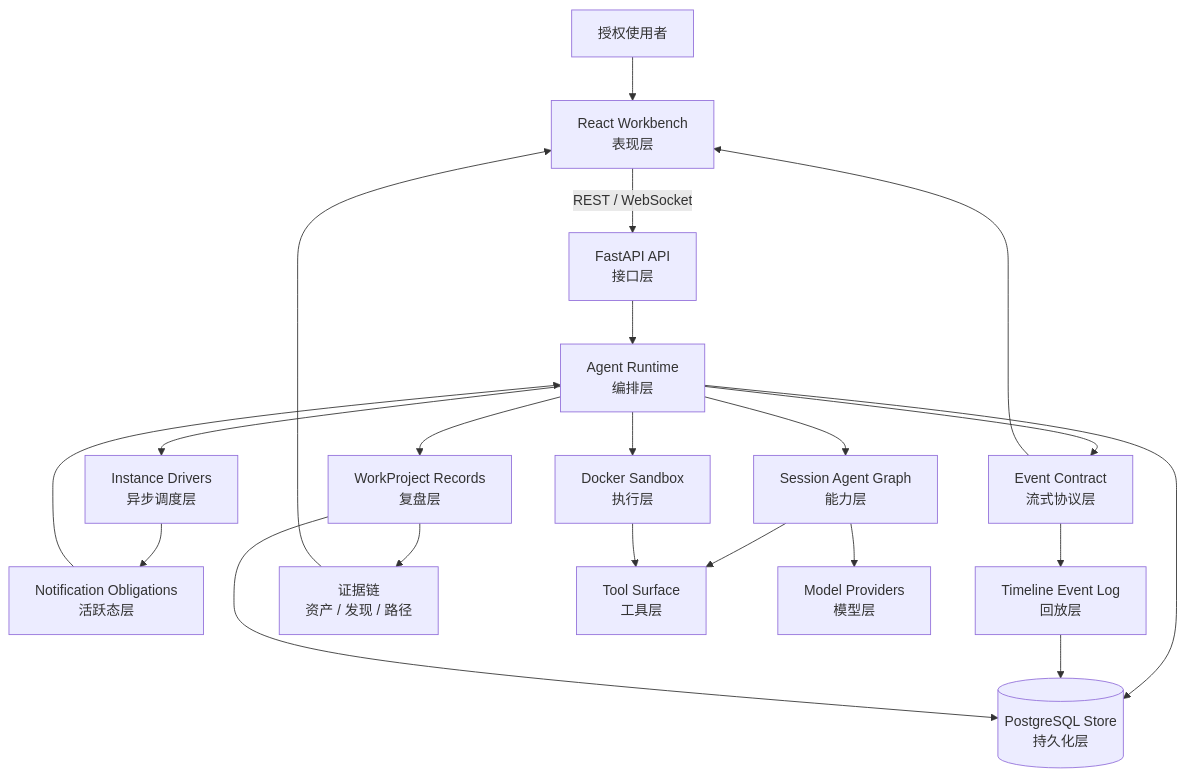
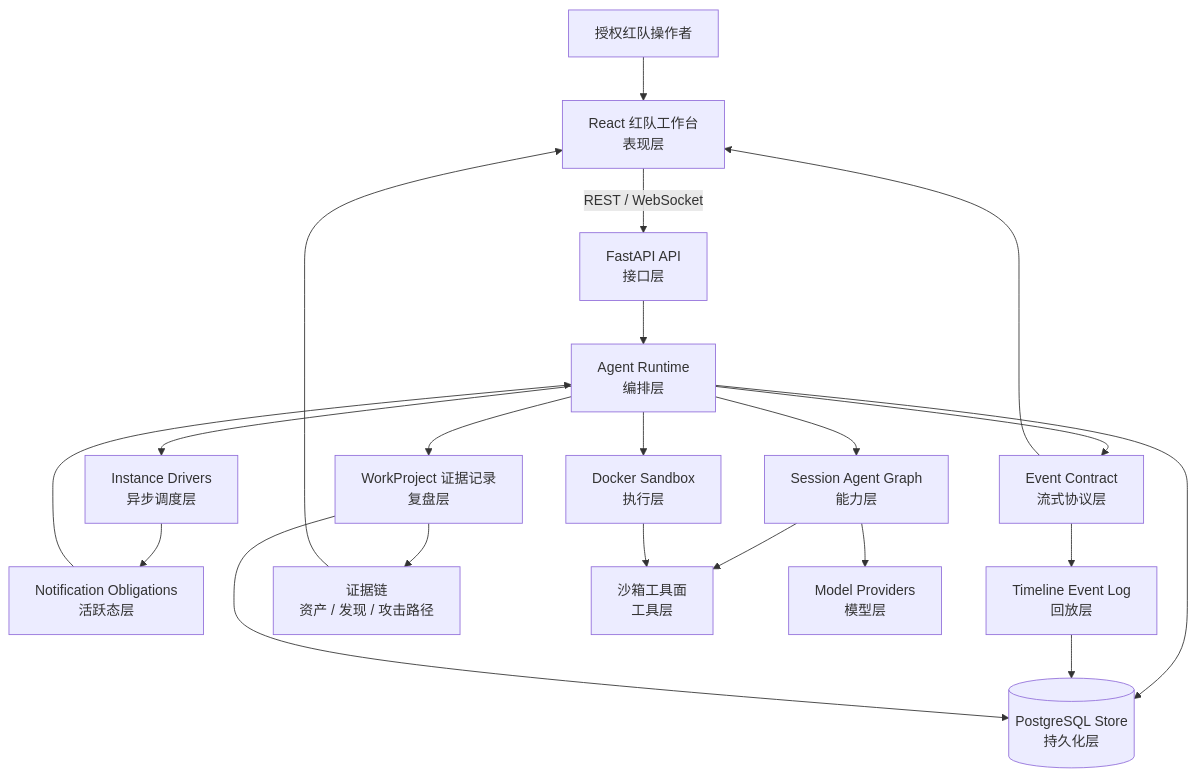
The first of 7 diagrams in README_zh.md (MolTau9527/Z3r0), drawn with Mermaid before and after one commit. The commit also changed other lines of this file and 4 other files, not shown here.

````diff
--- a/README_zh.md
+++ b/README_zh.md
@@ -41,39 +43,39 @@
 ```mermaid
 flowchart TB
-  Operator["授权使用者"]
-  Workbench["React Workbench<br/>表现层"]
+  Operator["授权红队操作者"]
+  Workbench["React 红队工作台<br/>表现层"]
   API["FastAPI API<br/>接口层"]
   Runtime["Agent Runtime<br/>编排层"]
   Drivers["Instance Drivers<br/>异步调度层"]
   Notifications["Notification Obligations<br/>活跃态层"]
   Graph["Session Agent Graph<br/>能力层"]
   Timeline["Timeline Event Log<br/>回放层"]
-  Record["WorkProject Records<br/>复盘层"]
-  Evidence["证据链<br/>资产 / 发现 / 路径"]
+  Record["WorkProject 证据记录<br/>复盘层"]
+  Evidence["证据链<br/>资产 / 发现 / 攻击路径"]
   Sandbox["Docker Sandbox<br/>执行层"]
-  Tools["Tool Surface<br/>工具层"]
+  Tools["沙箱工具面<br/>工具层"]
   Models["Model Providers<br/>模型层"]
   Events["Event Contract<br/>流式协议层"]
   Store[("PostgreSQL Store<br/>持久化层")]
 
   Operator --> Workbench
   Workbench -->|REST / WebSocket| API
   API --> Runtime
   Runtime --> Drivers
   Runtime --> Graph
   Runtime --> Record
   Runtime --> Sandbox
   Runtime --> Events
   Runtime --> Store
   Drivers --> Notifications
   Notifications --> Runtime
   Events --> Timeline
   Timeline --> Store
   Graph --> Tools
   Graph --> Models
   Sandbox --> Tools
   Record --> Store
   Record --> Evidence
   Evidence --> Workbench
   Events --> Workbench
 ```
````
